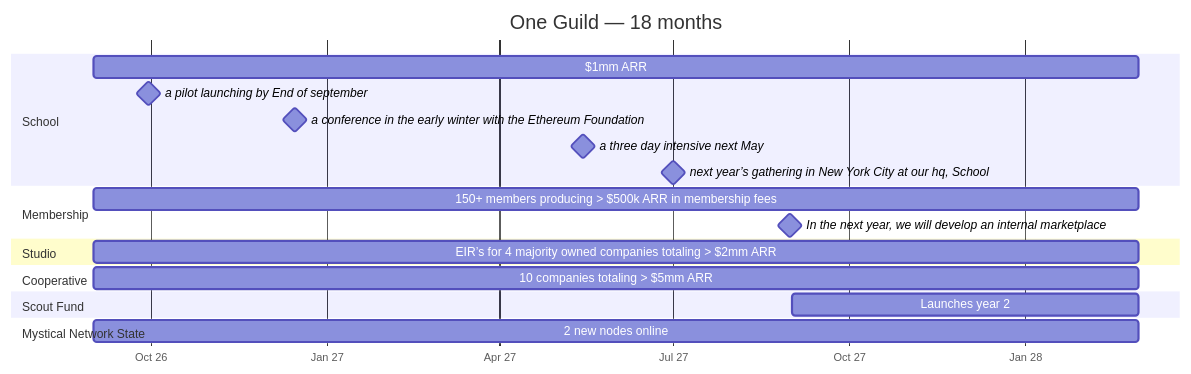
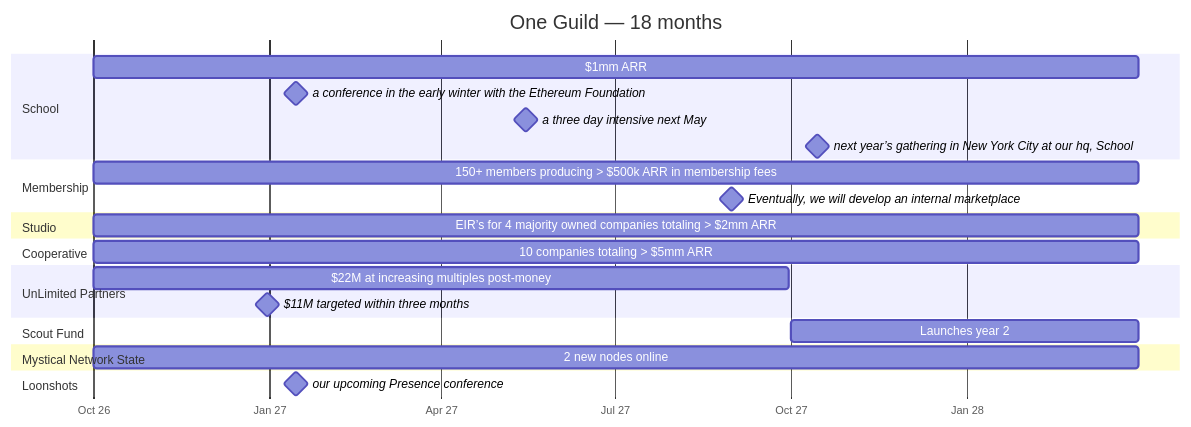
One commit to jameslbarnes/oneguild changed the first of 9 diagrams in guild/ONE-GUILD.md. Above: the diagram before and after it, drawn with Mermaid. The commit also changed other lines of this file and 28 other files, not shown here.

Commit message:
Guild: dates & numbers interview pass 1, UnLimited Partners rename, raise on timeline

````diff
--- a/guild/ONE-GUILD.md
+++ b/guild/ONE-GUILD.md
@@ -114,24 +114,28 @@
 ```mermaid
 gantt
   title One Guild — 18 months
   dateFormat YYYY-MM-DD
   axisFormat %b %y
   todayMarker stroke-width:2px,stroke:#d33
   section School
-    $1mm ARR :2026-09-01, 2028-02-29
-    a pilot launching by End of september :milestone, 2026-09-30, 0d
-    a conference in the early winter with the Ethereum Foundation :milestone, 2026-12-15, 0d
+    $1mm ARR :2026-10-01, 2028-03-31
+    a conference in the early winter with the Ethereum Foundation :milestone, 2027-01-15, 0d
     a three day intensive next May :milestone, 2027-05-15, 0d
-    next year’s gathering in New York City at our hq, School :milestone, 2027-07-01, 0d
+    next year’s gathering in New York City at our hq, School :milestone, 2027-10-15, 0d
   section Membership
-    150+ members producing > $500k ARR in membership fees :2026-09-01, 2028-02-29
-    In the next year, we will develop an internal marketplace :milestone, 2027-08-31, 0d
+    150+ members producing > $500k ARR in membership fees :2026-10-01, 2028-03-31
+    Eventually, we will develop an internal marketplace :milestone, 2027-08-31, 0d
   section Studio
-    EIR’s for 4 majority owned companies totaling > $2mm ARR :2026-09-01, 2028-02-29
+    EIR’s for 4 majority owned companies totaling > $2mm ARR :2026-10-01, 2028-03-31
   section Cooperative
-    10 companies totaling > $5mm ARR :2026-09-01, 2028-02-29
+    10 companies totaling > $5mm ARR :2026-10-01, 2028-03-31
+  section UnLimited Partners
+    $22M at increasing multiples post-money :2026-10-01, 2027-09-30
+    $11M targeted within three months :milestone, 2026-12-31, 0d
   section Scout Fund
-    Launches year 2 :2027-09-01, 2028-02-29
+    Launches year 2 :2027-10-01, 2028-03-31
   section Mystical Network State
-    2 new nodes online :2026-09-01, 2028-02-29
+    2 new nodes online :2026-10-01, 2028-03-31
+  section Loonshots
+    our upcoming Presence conference :milestone, 2027-01-15, 0d
 ```
````
